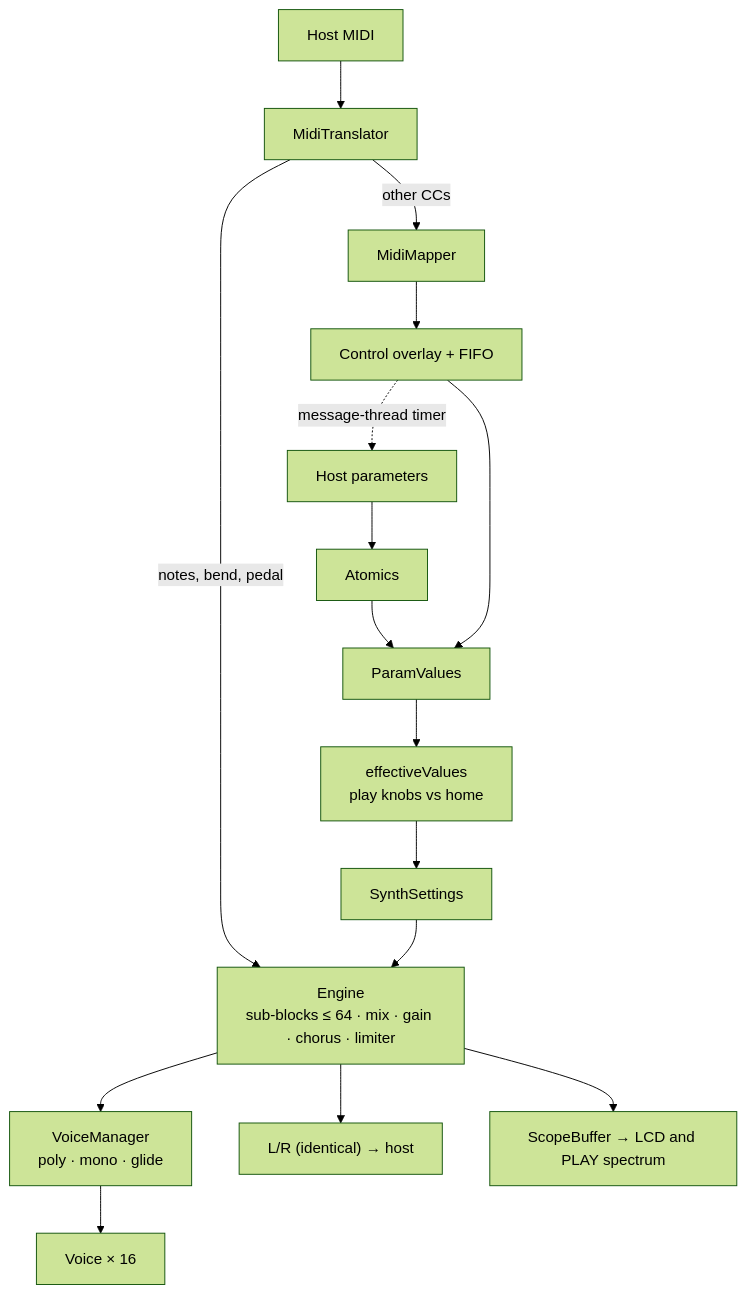
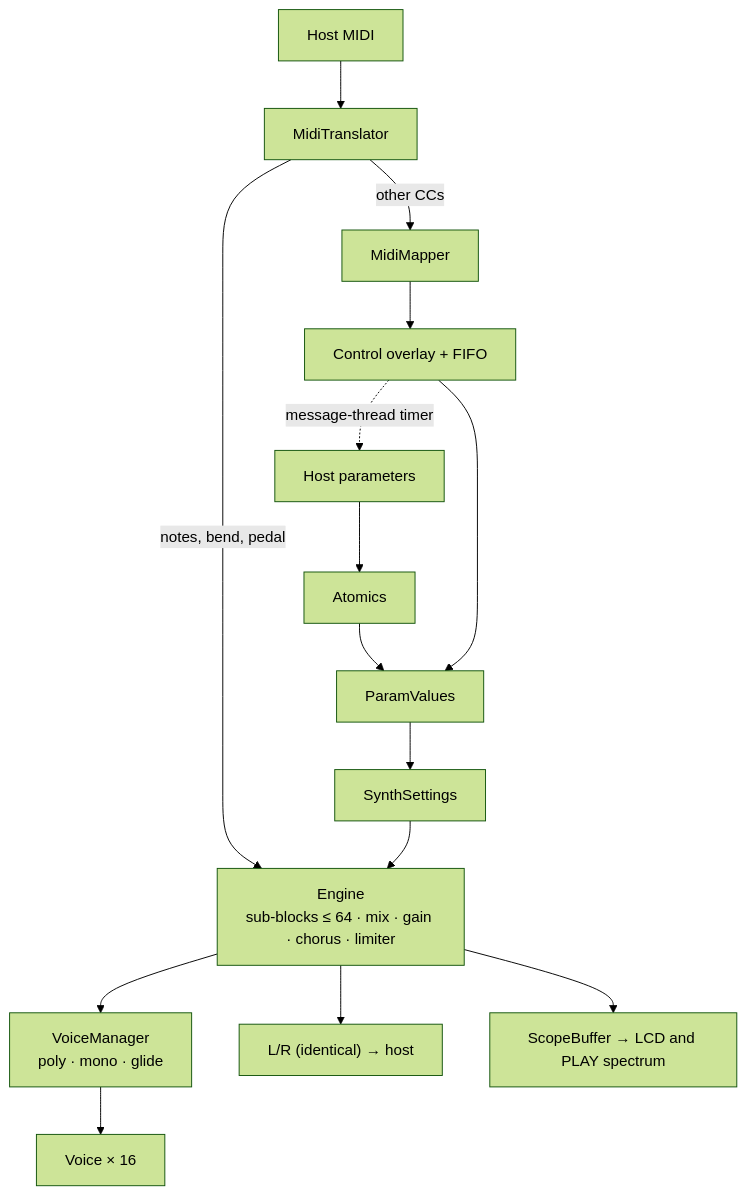
One commit to rithulkamesh/polylogue changed the second of 5 diagrams in docs/architecture.md. Above: the diagram before and after it, drawn with Mermaid (forest theme). The commit also changed other lines of this file and 34 other files, not shown here.

First line of the commit message:
feat: PLAY knobs are macros assigned to one parameter from EDIT

````diff
--- a/docs/architecture.md
+++ b/docs/architecture.md
@@ -158,14 +158,14 @@
 ```mermaid
 flowchart TD
     midi["Host MIDI"] --> translate["MidiTranslator"]
     translate -- "notes, bend, pedal" --> engine
     translate -- "other CCs" --> mapper["MidiMapper"]
     mapper --> overlay["Control overlay + FIFO"]
     overlay -. "message-thread timer" .-> parameter["Host parameters"]
     parameter --> atomics["Atomics"] --> values["ParamValues"]
     overlay --> values
-    values --> effective["effectiveValues<br/>play knobs vs home"] --> settings["SynthSettings"] --> engine
+    values --> settings["SynthSettings"] --> engine
     engine["Engine<br/>sub-blocks ≤ 64 · mix · gain · chorus · limiter"] --> vm["VoiceManager<br/>poly · mono · glide"] --> voices["Voice × 16"]
     engine --> host["L/R (identical) → host"]
     engine --> scope["ScopeBuffer → LCD and PLAY spectrum"]
 ```
````
